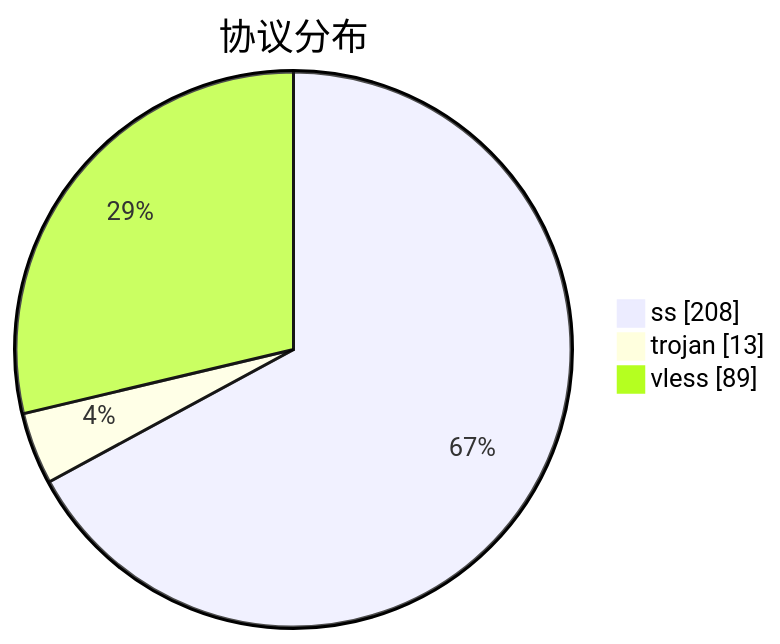
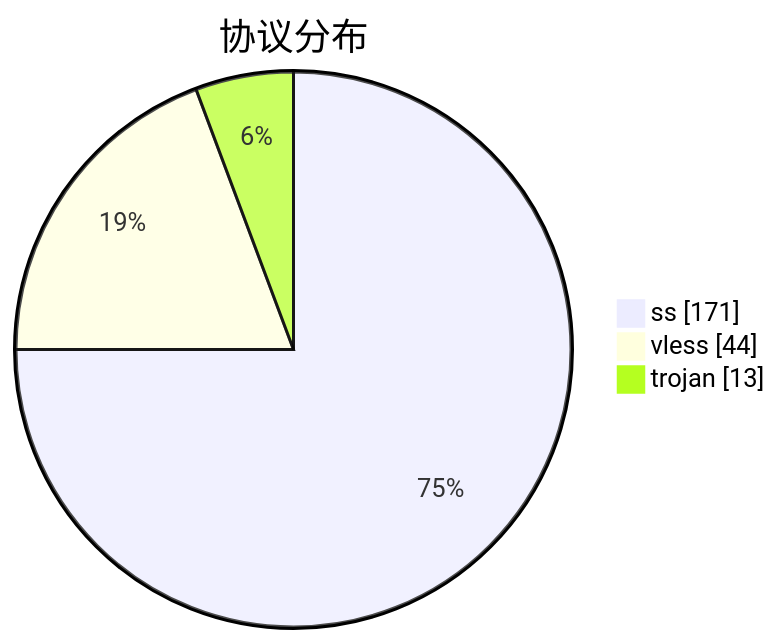
The third of 3 diagrams in subs/statistics/tested_within.md (qjlxg/airport), drawn with Mermaid before and after one commit. The commit also changed other lines of this file and 2 other files, not shown here.

````diff
--- a/subs/statistics/tested_within.md
+++ b/subs/statistics/tested_within.md
@@ -32,7 +31,7 @@
 ```mermaid
 pie showData
 title 协议分布
-"ss" : 208
+"ss" : 171
+"vless" : 44
 "trojan" : 13
-"vless" : 89
 ```
````
